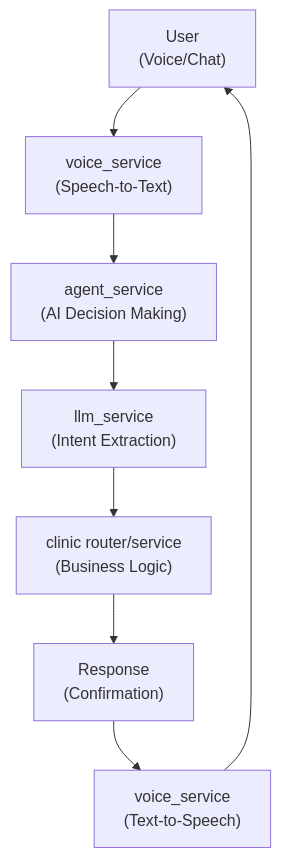
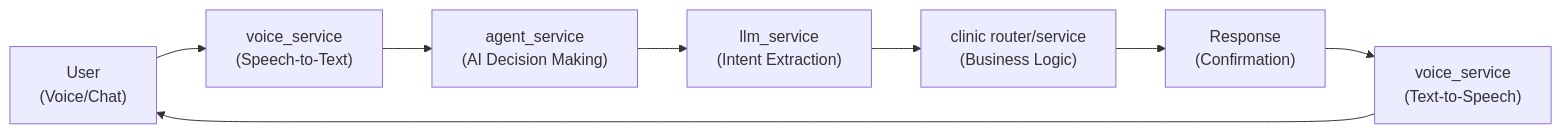
One commit to charanp2006/demo-voice-agent changed the second of 6 diagrams in Readme.md. Above: the diagram before and after it, drawn with Mermaid. The commit also changed other lines of this file and 3 other files, not shown here.

````diff
--- a/Readme.md
+++ b/Readme.md
@@ -31,18 +83,12 @@
 ```mermaid
-graph TD
+graph LR
     A["User<br/>(Voice/Chat)"]
     B["voice_service<br/>(Speech-to-Text)"]
     C["agent_service<br/>(AI Decision Making)"]
     D["llm_service<br/>(Intent Extraction)"]
     E["clinic router/service<br/>(Business Logic)"]
     F["Response<br/>(Confirmation)"]
     G["voice_service<br/>(Text-to-Speech)"]
     
-    A --> B
-    B --> C
-    C --> D
-    D --> E
-    E --> F
-    F --> G
-    G --> A
+    A --> B --> C --> D --> E --> F --> G --> A
 ```
````
